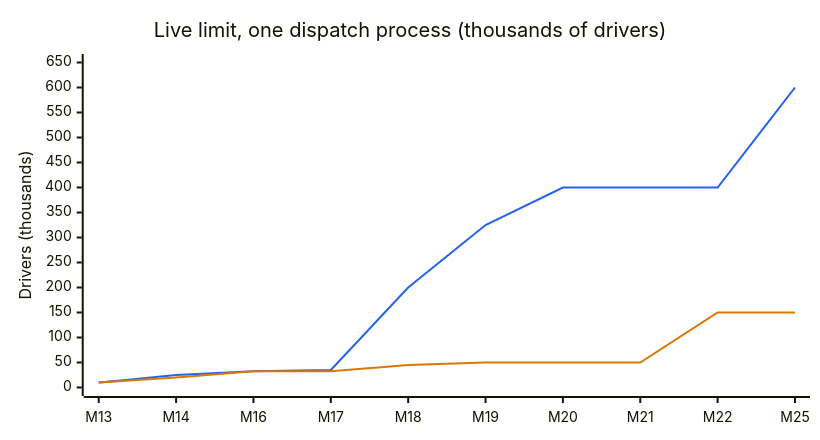
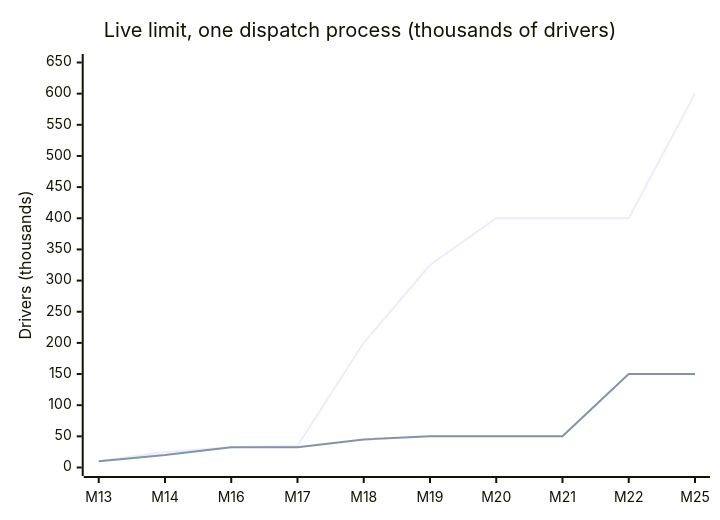
Before and after one commit to kludw/uber-simulator: the first of 2 diagrams in docs/case-study.md, drawn with Mermaid.

Commit message:
Test chart without config
Refs #293

````diff
--- a/docs/case-study.md
+++ b/docs/case-study.md
@@ -18,17 +18,8 @@
 ```mermaid
----
-config:
-  xyChart:
-    width: 800
-    height: 420
-  themeVariables:
-    xyChart:
-      plotColorPalette: "#2563eb, #d97706"
----
 xychart-beta
   title "Live limit, one dispatch process (thousands of drivers)"
   x-axis [M13, M14, M16, M17, M18, M19, M20, M21, M22, M25]
   y-axis "Drivers (thousands)" 0 --> 650
   line [10, 25, 32.5, 35, 200, 325, 400, 400, 400, 600]
   line [10, 20, 32.5, 32.5, 45, 50, 50, 50, 150, 150]
 ```
````
